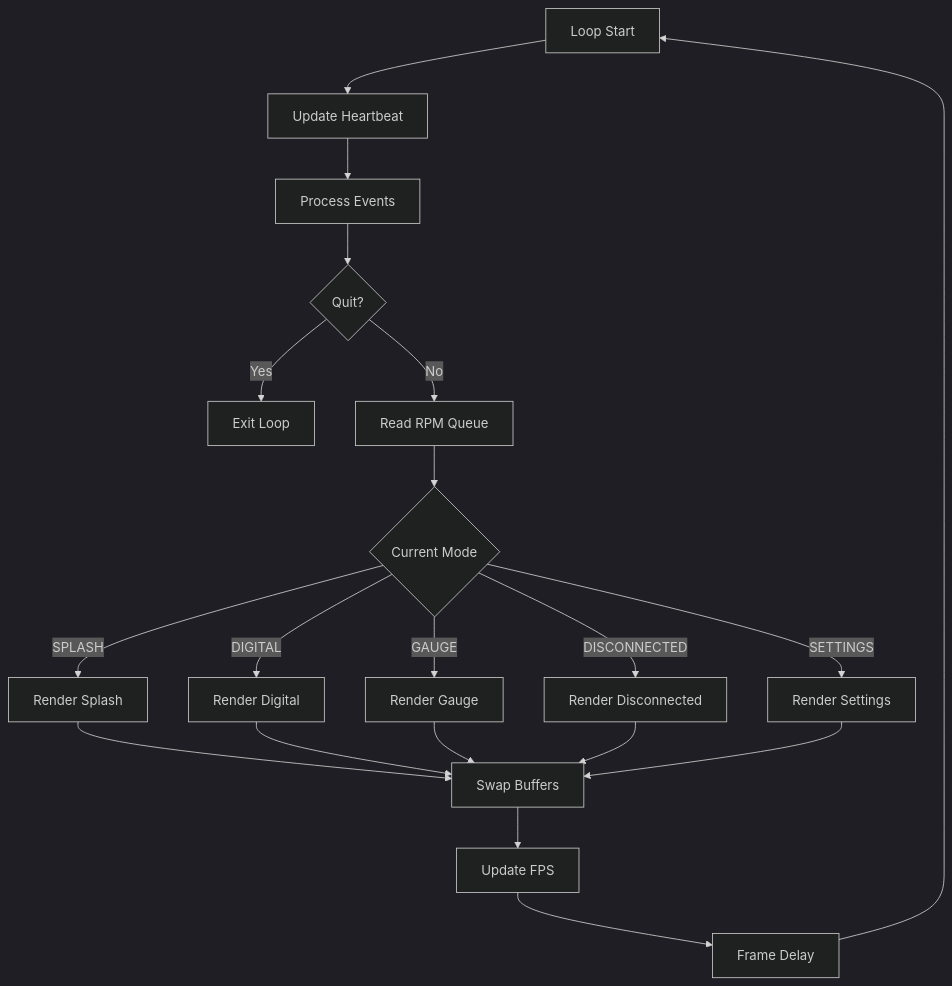
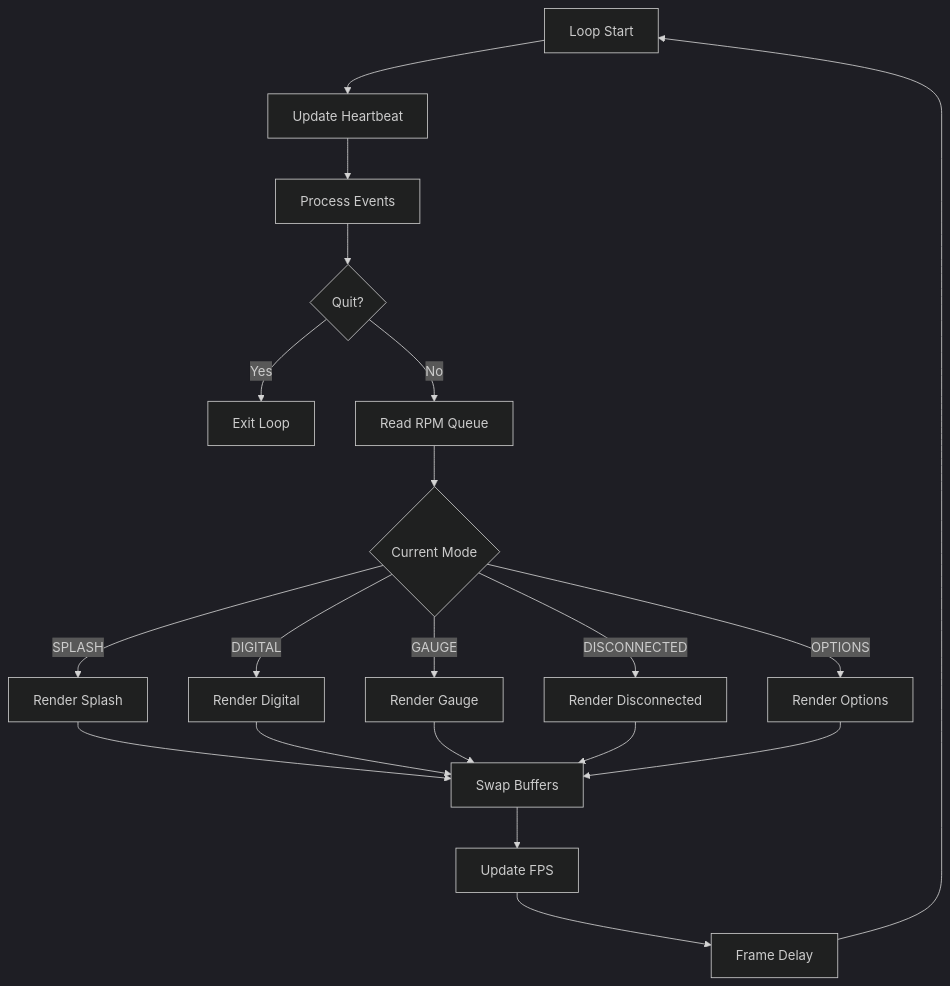
One commit to William12556/GTach changed the second of 2 diagrams in workspace/design/design-b8c9d0e1-component_display_manager.md. Above: the diagram before and after it, drawn with Mermaid (dark theme). The commit also changed other lines of this file and 3 other files, not shown here.

First line of the commit message:
docs: revise gesture design and rename SETTINGS to OPTIONS

````diff
--- a/workspace/design/design-b8c9d0e1-component_display_manager.md
+++ b/workspace/design/design-b8c9d0e1-component_display_manager.md
@@ -525,25 +525,25 @@
 ```mermaid
 flowchart TD
     START[Loop Start] --> HB[Update Heartbeat]
     HB --> EVENTS[Process Events]
     EVENTS --> QUIT{Quit?}
     QUIT -->|Yes| STOP[Exit Loop]
     QUIT -->|No| RPM[Read RPM Queue]
     
     RPM --> MODE{Current Mode}
     MODE -->|SPLASH| RS[Render Splash]
     MODE -->|DIGITAL| RD[Render Digital]
     MODE -->|GAUGE| RG[Render Gauge]
     MODE -->|DISCONNECTED| RX[Render Disconnected]
-    MODE -->|SETTINGS| RST[Render Settings]
+    MODE -->|OPTIONS| RST[Render Options]
     
     RS --> SWAP
     RD --> SWAP
     RG --> SWAP
     RX --> SWAP
     RST --> SWAP
     
     SWAP[Swap Buffers] --> FPS[Update FPS]
     FPS --> DELAY[Frame Delay]
     DELAY --> START
 ```
````
